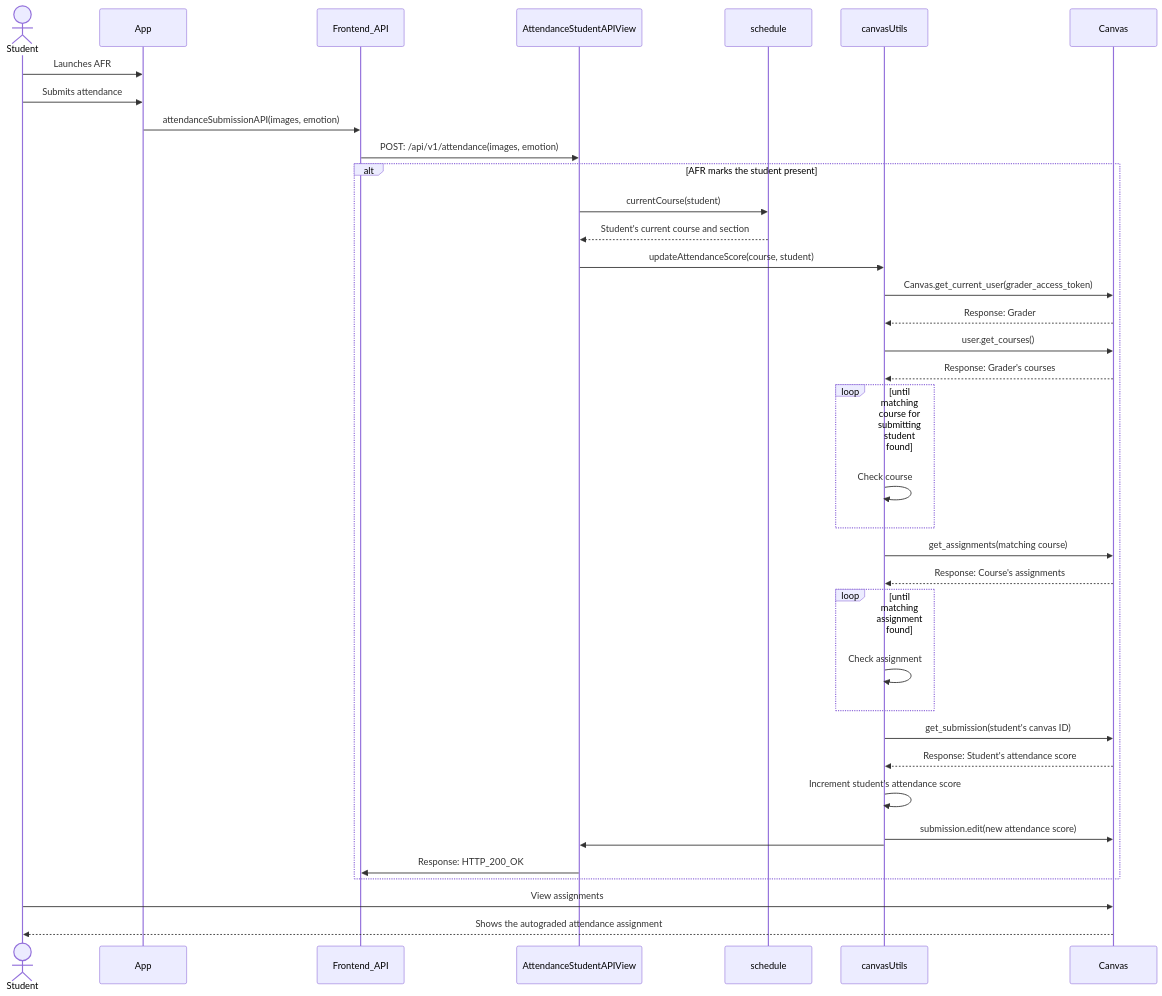
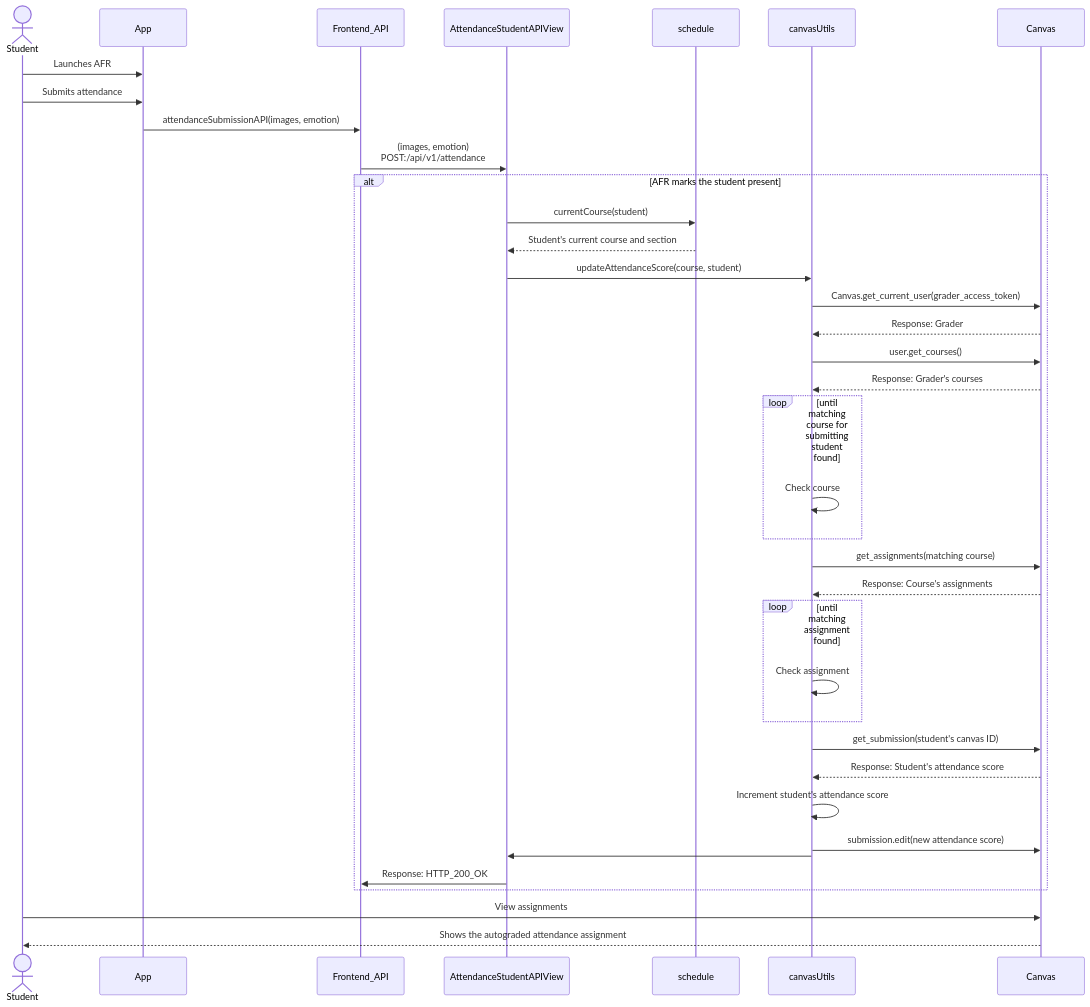
One commit to Capstone-Projects-2022-Fall/project-attendance-face-recognition changed the ninth of 9 diagrams in documentation/docs/system-architecture/design.md. Above: the diagram before and after it, drawn with Mermaid.

Commit message:
Update sequence diagram #7 in design.md

````diff
--- a/documentation/docs/system-architecture/design.md
+++ b/documentation/docs/system-architecture/design.md
@@ -397,39 +397,39 @@
 ```mermaid
 sequenceDiagram
   actor Student
   participant App
   participant Frontend_API
   participant AttendanceStudentAPIView
   participant schedule
   participant canvasUtils
   participant Canvas
   Student->>App: Launches AFR
   Student->>App: Submits attendance
   App->>Frontend_API: attendanceSubmissionAPI(images, emotion)
-  Frontend_API->>AttendanceStudentAPIView: POST: /api/v1/attendance(images, emotion)
+  Frontend_API->>AttendanceStudentAPIView: (images, emotion)<br/>POST:/api/v1/attendance
   alt AFR marks the student present
     AttendanceStudentAPIView->>schedule: currentCourse(student)
     schedule-->>AttendanceStudentAPIView: Student's current course and section
     AttendanceStudentAPIView->>canvasUtils: updateAttendanceScore(course, student)
     canvasUtils->>Canvas: Canvas.get_current_user(grader_access_token)
     Canvas-->>canvasUtils: Response: Grader
     canvasUtils->>Canvas: user.get_courses()
     Canvas-->>canvasUtils: Response: Grader's courses
     loop until matching course for submitting student found
       canvasUtils->>canvasUtils: Check course
     end
     canvasUtils->>Canvas: get_assignments(matching course)
     Canvas-->>canvasUtils: Response: Course's assignments
     loop until matching assignment found
       canvasUtils->>canvasUtils: Check assignment
     end
     canvasUtils->>Canvas: get_submission(student's canvas ID)
     Canvas-->>canvasUtils: Response: Student's attendance score
     canvasUtils->>canvasUtils: Increment student's attendance score
     canvasUtils->>Canvas: submission.edit(new attendance score)
     canvasUtils->>AttendanceStudentAPIView: 
     AttendanceStudentAPIView->>Frontend_API: Response: HTTP_200_OK
   end
   Student->>Canvas: View assignments
   Canvas-->>Student: Shows the autograded attendance assignment
 ```
````
